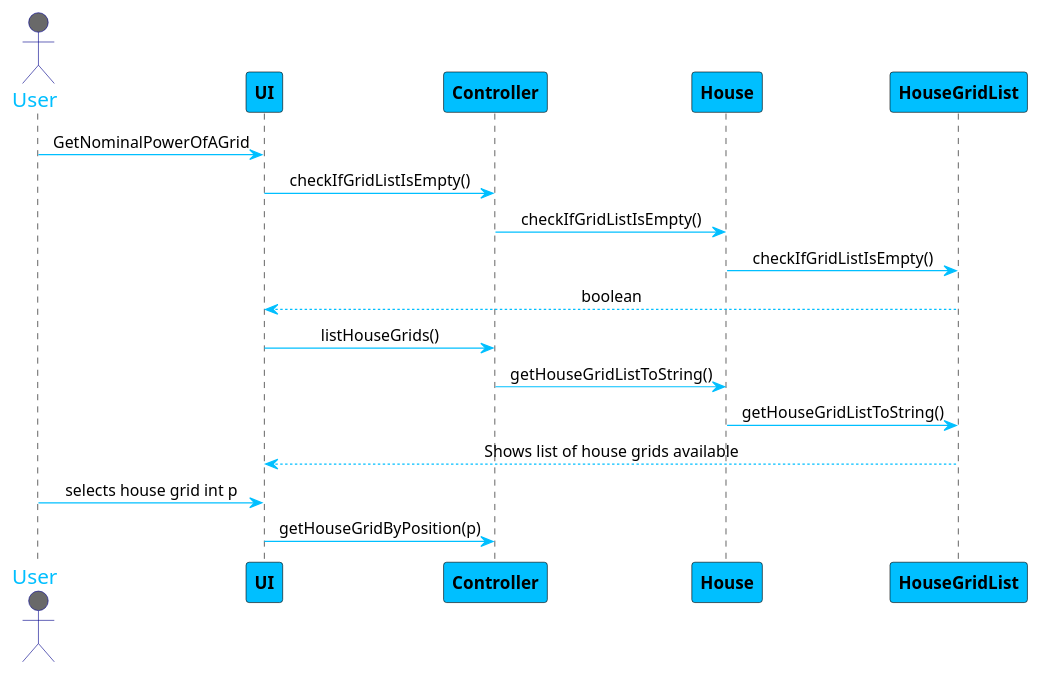
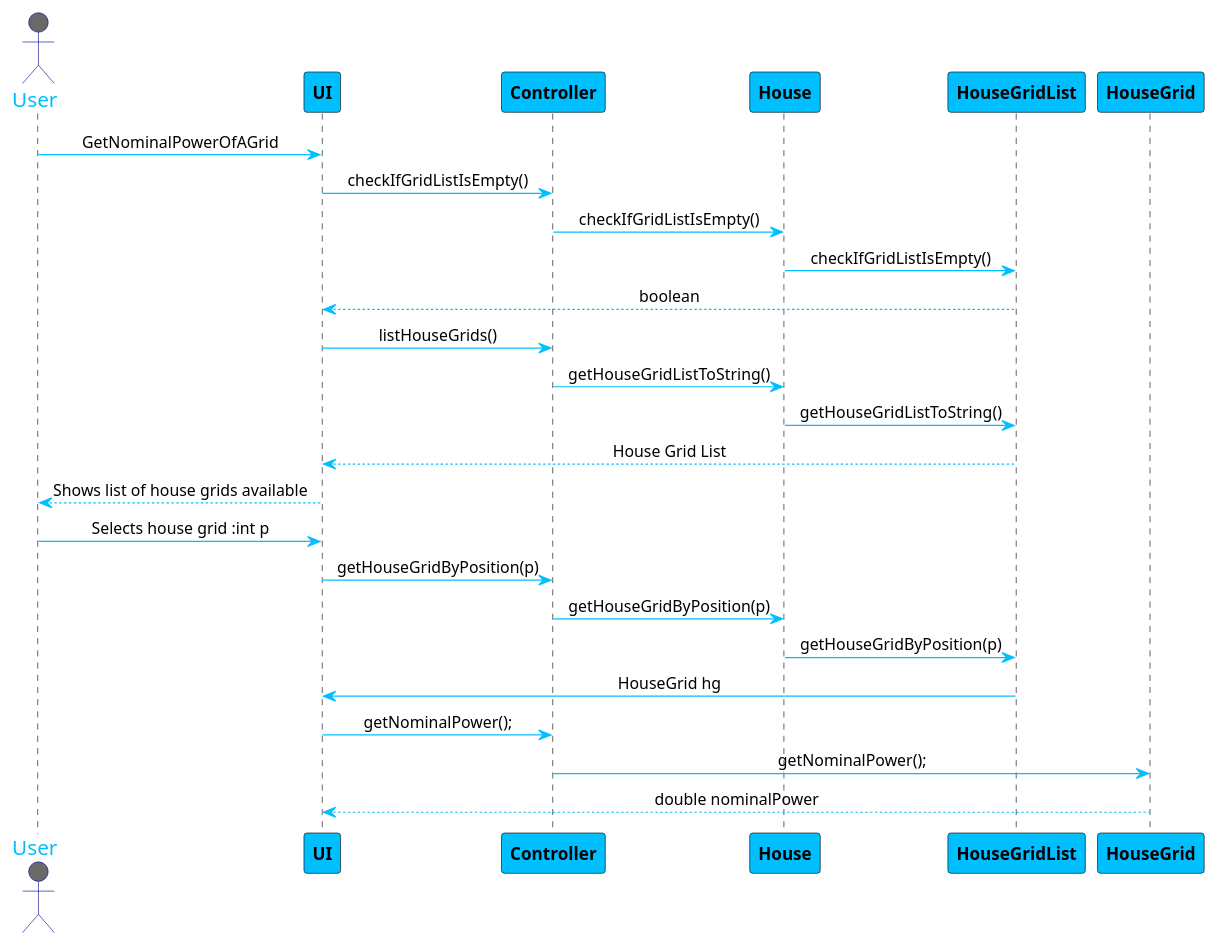
One commit to 1181687/hateoasToy changed the diagram in src/Docs/GetNominalPowerOfAGrid.puml. Above: the diagram before and after it, drawn with PlantUML.

Commit message:
Changed GetNominalPowerOfAGrid Sequence Diagram

```diff
--- a/src/Docs/GetNominalPowerOfAGrid.puml
+++ b/src/Docs/GetNominalPowerOfAGrid.puml
@@ -1,33 +1,39 @@
 @startuml
 skinparam sequenceMessageAlign center
 skinparam sequence {
 	ArrowColor DeepSkyBlue
 	ActorBorderColor DarkBlue
 	LifeLineBorderColor black
 	LifeLineBackgroundColor #A9DCDF
 
 	ParticipantBorderColor Black
 	ParticipantBackgroundColor DeepSkyBlue
 	ParticipantFontStyle Bold
 
 	ActorBackgroundColor DimGrey
 	ActorFontColor DeepSkyBlue
 	ActorFontSize 17
 	ActorFontName Aapex
 }
 
 actor User
 User -> UI: GetNominalPowerOfAGrid
 UI -> Controller: checkIfGridListIsEmpty()
 Controller -> House: checkIfGridListIsEmpty()
 House -> HouseGridList: checkIfGridListIsEmpty()
 HouseGridList --> UI: boolean
 UI->Controller: listHouseGrids()
 Controller->House:getHouseGridListToString()
 House->HouseGridList:getHouseGridListToString()
-HouseGridList-->UI: Shows list of house grids available
-User->UI: selects house grid int p
+HouseGridList-->UI: House Grid List
+UI-->User:Shows list of house grids available
+User->UI: Selects house grid :int p
 UI->Controller: getHouseGridByPosition(p)
-
+Controller->House: getHouseGridByPosition(p)
+House->HouseGridList: getHouseGridByPosition(p)
+HouseGridList->UI:HouseGrid hg
+UI->Controller:getNominalPower();
+Controller->HouseGrid:getNominalPower();
+HouseGrid-->UI: double nominalPower
 
 @enduml
```
